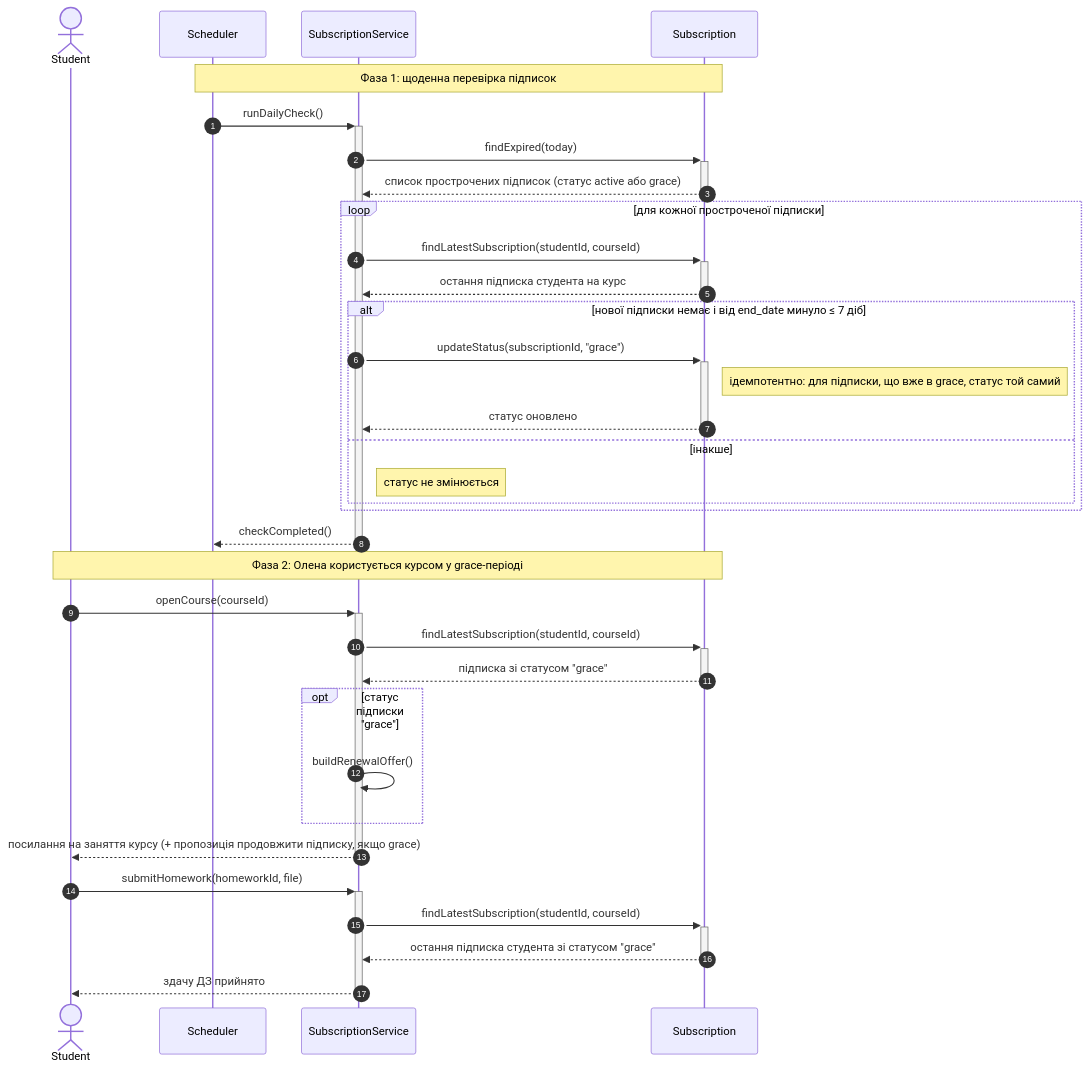
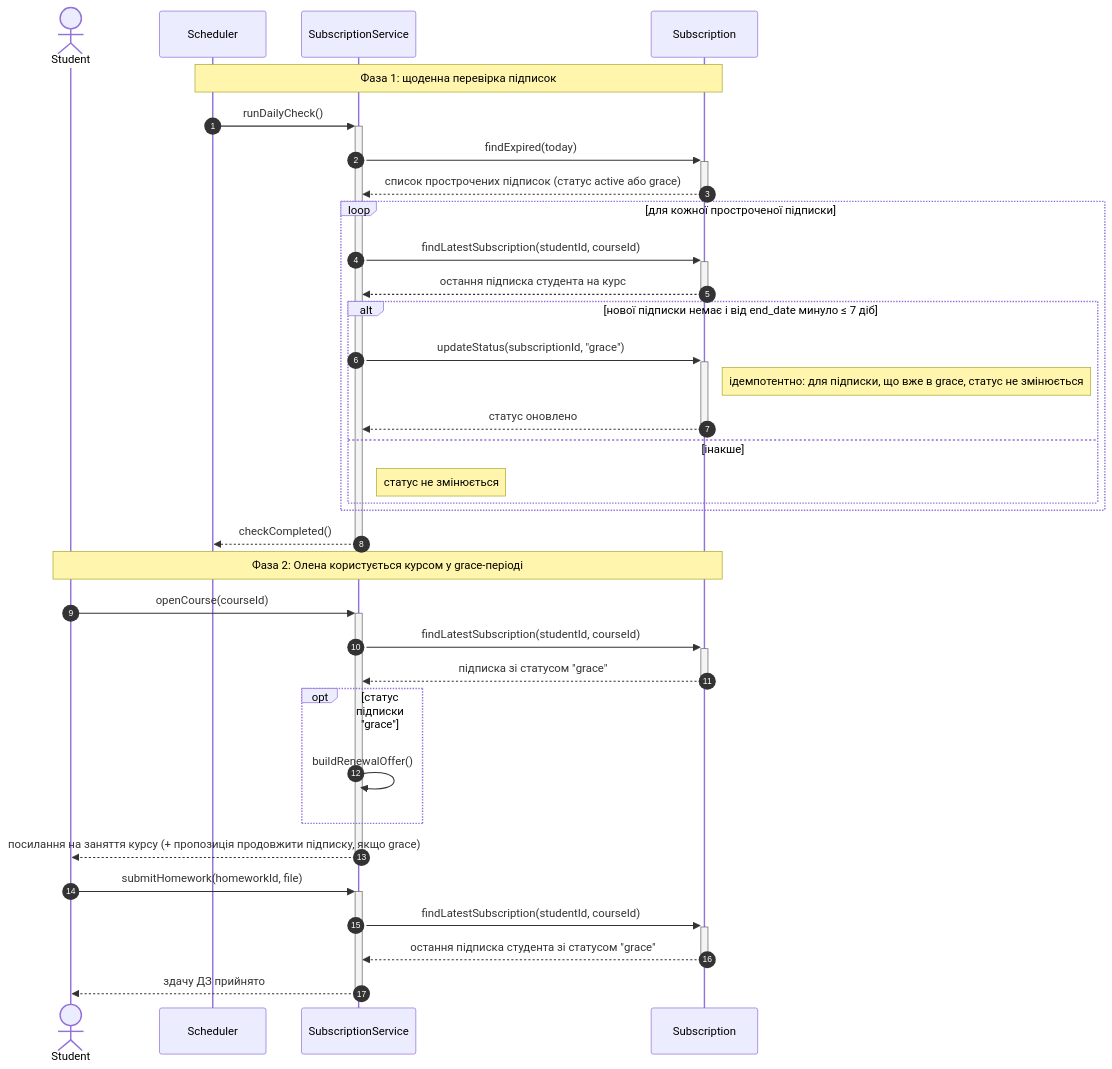
One commit to grmaryna/MathHub changed the diagram in Sequence Diagram/diagram-req-31.mmd. Above: the diagram before and after it, drawn with Mermaid. The commit also changed 1 other file, not shown here.

Commit message:
створення примітки, що повторне виставлення grace нічого не зміінює

```diff
--- a/Sequence Diagram/diagram-req-31.mmd
+++ b/Sequence Diagram/diagram-req-31.mmd
@@ -1,42 +1,42 @@
 sequenceDiagram
     autonumber
     actor Student
     participant Scheduler
     participant SubscriptionService
     participant Subscription
 
     Note over Scheduler,Subscription: Фаза 1: щоденна перевірка підписок
 
     Scheduler->>+SubscriptionService: runDailyCheck()
     SubscriptionService->>+Subscription: findExpired(today)
     Subscription-->>-SubscriptionService: список прострочених підписок (статус active або grace)
 
     loop для кожної простроченої підписки
         SubscriptionService->>+Subscription: findLatestSubscription(studentId, courseId)
         Subscription-->>-SubscriptionService: остання підписка студента на курс
 
         alt нової підписки немає і від end_date минуло ≤ 7 діб
             SubscriptionService->>+Subscription: updateStatus(subscriptionId, "grace")
-            Note right of Subscription: ідемпотентно: для підписки, що вже в grace, статус той самий
+                Note right of Subscription: ідемпотентно: для підписки, що вже в grace, статус не змінюється
             Subscription-->>-SubscriptionService: статус оновлено
         else інакше
             Note right of SubscriptionService: статус не змінюється
         end
     end
     SubscriptionService-->>-Scheduler: checkCompleted()
 
     Note over Student,Subscription: Фаза 2: Олена користується курсом у grace-періоді
 
         Student->>+SubscriptionService: openCourse(courseId)
     SubscriptionService->>+Subscription: findLatestSubscription(studentId, courseId)
     Subscription-->>-SubscriptionService: підписка зі статусом "grace"
     opt статус підписки "grace"
         SubscriptionService->>SubscriptionService: buildRenewalOffer()
     end
     
     SubscriptionService-->>-Student: посилання на заняття курсу (+ пропозиція продовжити підписку, якщо grace)
 
     Student->>+SubscriptionService: submitHomework(homeworkId, file)
     SubscriptionService->>+Subscription: findLatestSubscription(studentId, courseId)
     Subscription-->>-SubscriptionService: остання підписка студента зі статусом "grace"
     SubscriptionService-->>-Student: здачу ДЗ прийнято
```
